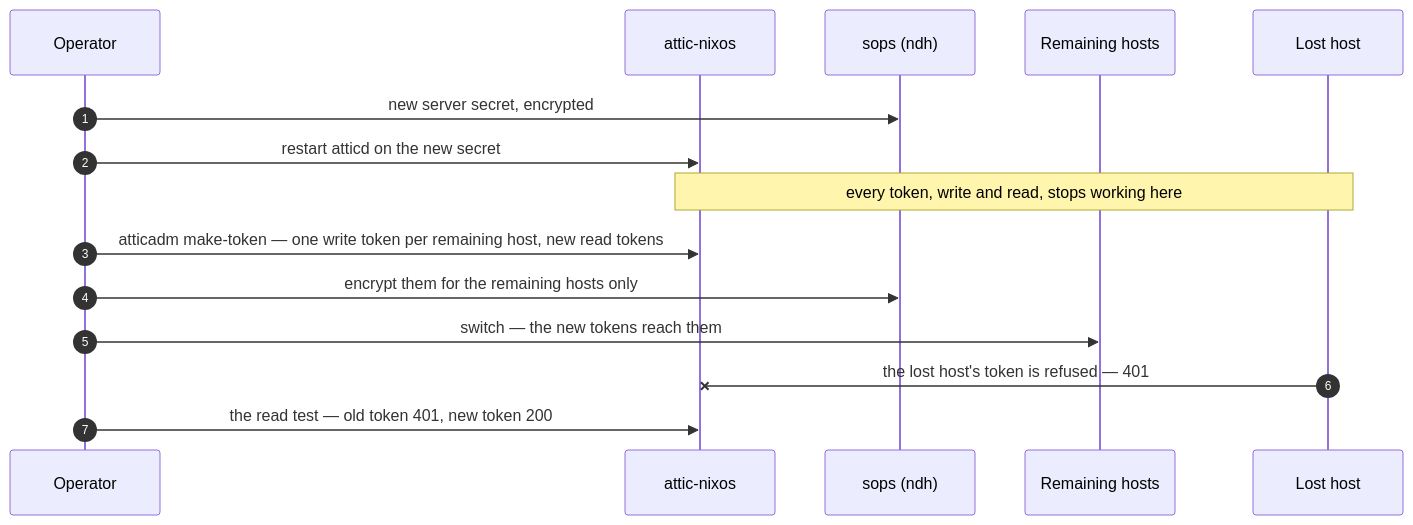
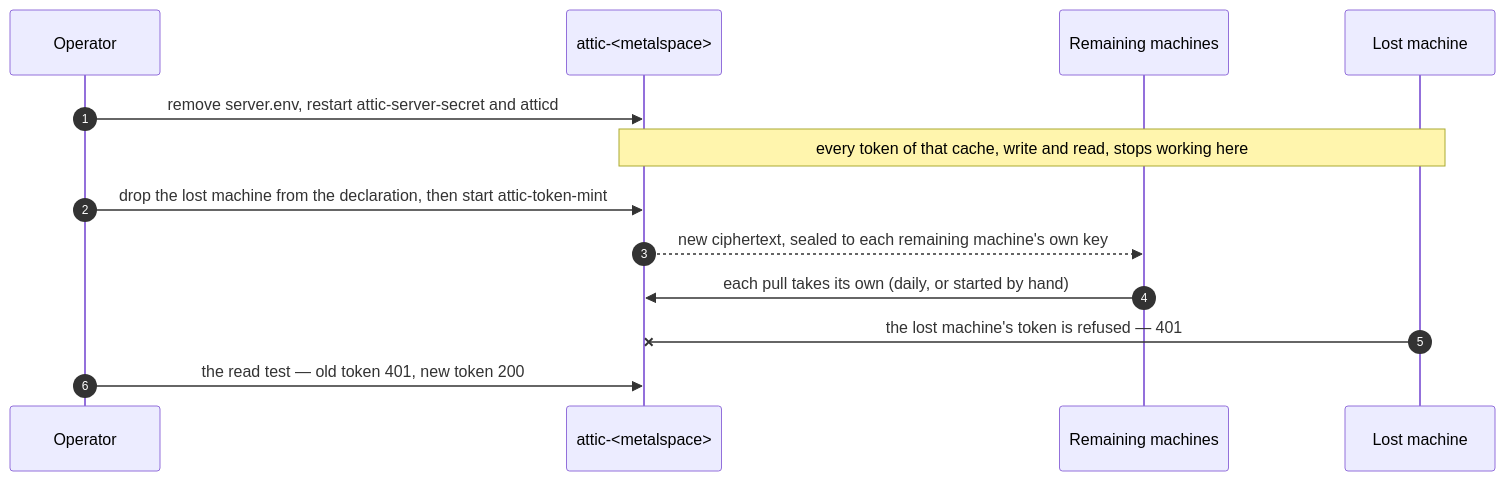
Diagram 15 of 15 in docs/private-binary-cache-spec.adoc (seedmatic/ndh), drawn with Mermaid before and after one commit. The commit also changed other lines of this file, not shown here.

First line of the commit message:
docs(private-cache): the spec states the measured state, figure first, and no history

```diff
--- a/docs/private-binary-cache-spec.adoc
+++ b/docs/private-binary-cache-spec.adoc
@@ -2214,18 +2011,16 @@
 [mermaid]
 ....
 sequenceDiagram
   autonumber
   participant Op as Operator
-  participant A as attic-nixos
-  participant K as sops (ndh)
-  participant H as Remaining hosts
-  participant X as Lost host
-  Op->>K: new server secret, encrypted
-  Op->>A: restart atticd on the new secret
-  Note over A,X: every token, write and read, stops working here
-  Op->>A: atticadm make-token — one write token per remaining host, new read tokens
-  Op->>K: encrypt them for the remaining hosts only
-  Op->>H: switch — the new tokens reach them
-  X-xA: the lost host's token is refused — 401
+  participant A as attic-<metalspace>
+  participant H as Remaining machines
+  participant X as Lost machine
+  Op->>A: remove server.env, restart attic-server-secret and atticd
+  Note over A,X: every token of that cache, write and read, stops working here
+  Op->>A: drop the lost machine from the declaration, then start attic-token-mint
+  A-->>H: new ciphertext, sealed to each remaining machine's own key
+  H->>A: each pull takes its own (daily, or started by hand)
+  X-xA: the lost machine's token is refused — 401
   Op->>A: the read test — old token 401, new token 200
 ....
```
